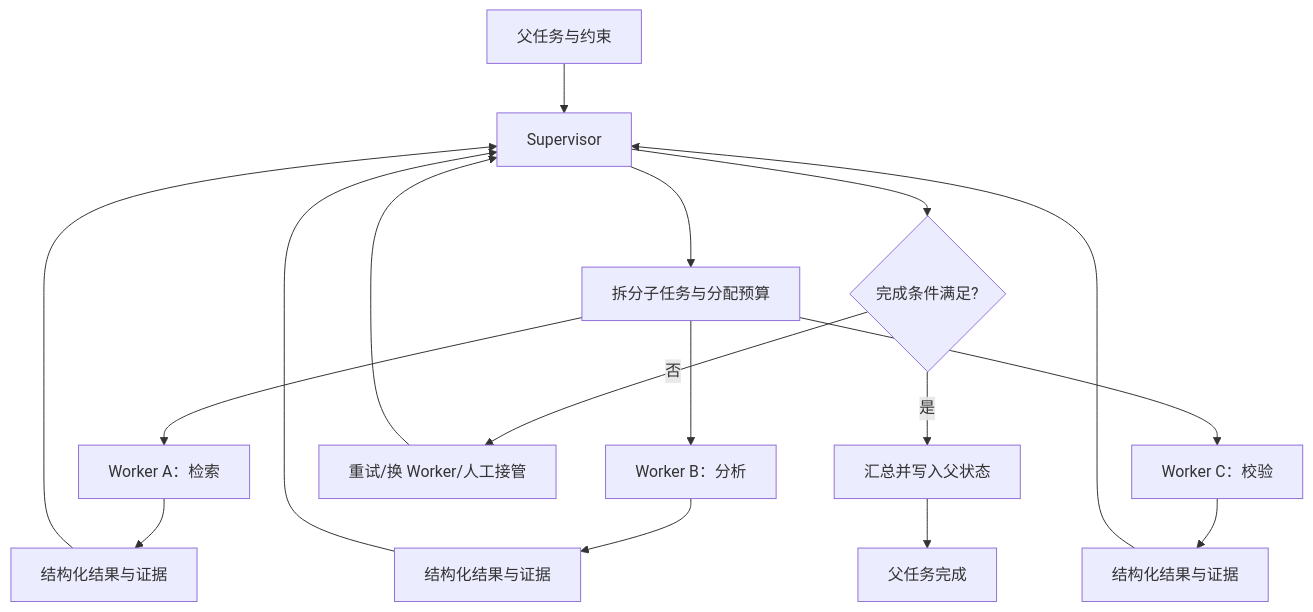
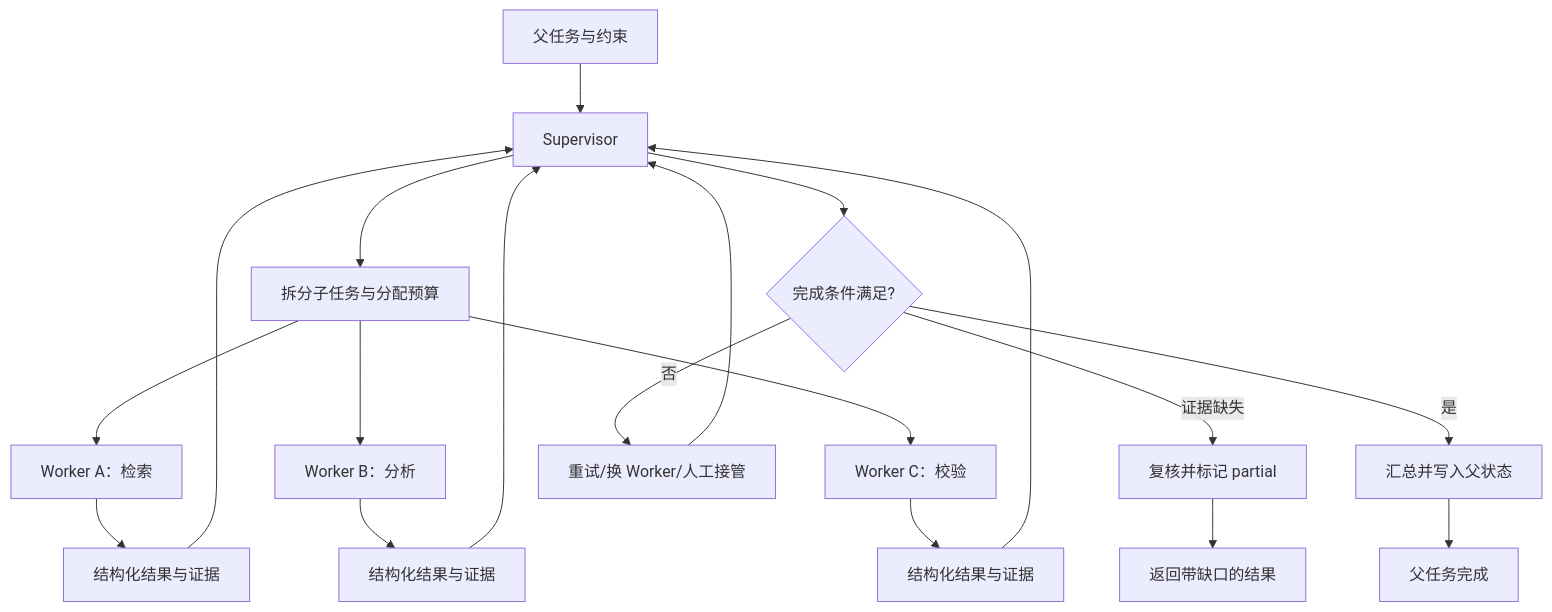
The diagram in docs/courses/agent/09-工作流规划与多Agent/04-Supervisor与Multi-Agent.md (clint-sfy/clintsfy.github.io), drawn with Mermaid before and after one commit. The commit also changed other lines of this file and 4 other files, not shown here.

````diff
--- a/docs/courses/agent/09-工作流规划与多Agent/04-Supervisor与Multi-Agent.md
+++ b/docs/courses/agent/09-工作流规划与多Agent/04-Supervisor与Multi-Agent.md
@@ -42,19 +42,21 @@
 ```mermaid
 flowchart TD
     Goal[父任务与约束] --> Sup[Supervisor]
     Sup --> Split[拆分子任务与分配预算]
     Split --> W1[Worker A：检索]
     Split --> W2[Worker B：分析]
     Split --> W3[Worker C：校验]
     W1 --> R1[结构化结果与证据]
     W2 --> R2[结构化结果与证据]
     W3 --> R3[结构化结果与证据]
     R1 --> Sup
     R2 --> Sup
     R3 --> Sup
     Sup --> Judge{完成条件满足?}
+    Judge -->|证据缺失| Review[复核并标记 partial]
     Judge -->|否| Recover[重试/换 Worker/人工接管]
     Recover --> Sup
     Judge -->|是| Aggregate[汇总并写入父状态]
+    Review --> End[返回带缺口的结果]
     Aggregate --> Done[父任务完成]
 ```
````
